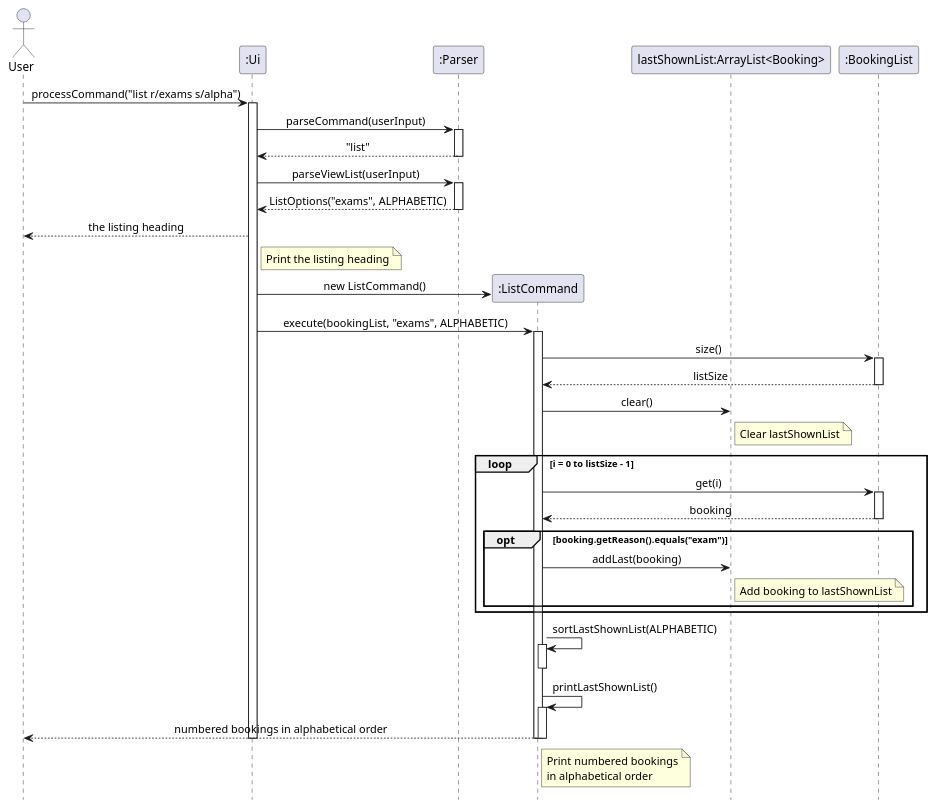
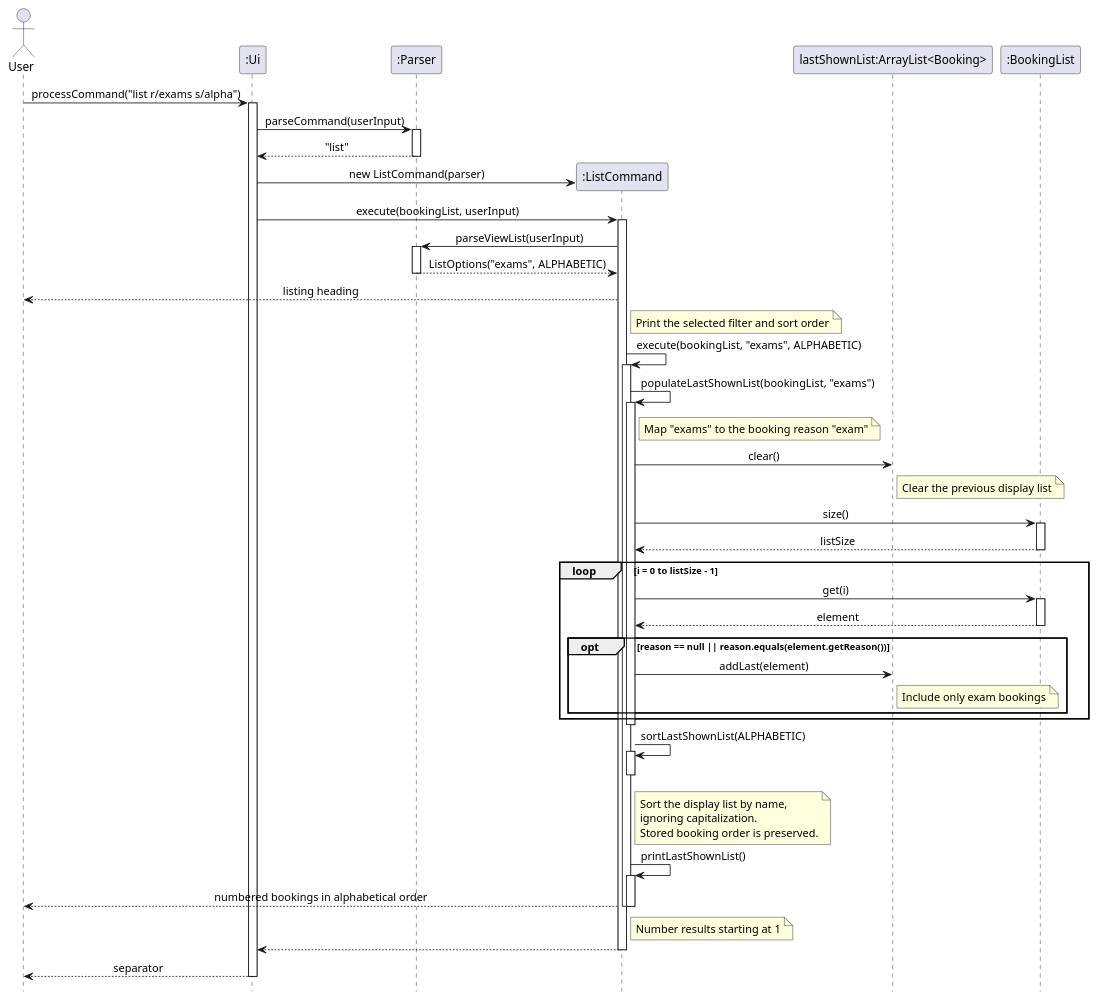
Before and after one commit to AY2627S1-CS2113-W14-2/tp: the diagram in docs/UMLDiagrams/ListCommandSequenceDiagram.puml, drawn with PlantUML. The commit also changed 22 other files, not shown here.

```diff
--- a/docs/UMLDiagrams/ListCommandSequenceDiagram.puml
+++ b/docs/UMLDiagrams/ListCommandSequenceDiagram.puml
@@ -1,71 +1,91 @@
 @startuml
 skinparam sequenceMessageAlign center
 hide footbox
 
 actor User
-
 participant ":Ui" as UI
-
 participant ":Parser" as Parser
 
 User -> UI: processCommand("list r/exams s/alpha")
 activate UI
 
 UI -> Parser: parseCommand(userInput)
 activate Parser
 Parser --> UI: "list"
 deactivate Parser
 
-UI -> Parser: parseViewList(userInput)
-activate Parser
-Parser --> UI: ListOptions("exams", ALPHABETIC)
-deactivate Parser
+create participant ":ListCommand" as List
+UI -> List: new ListCommand(parser)
 
-UI --> User: the listing heading
-note right of UI: Print the listing heading
-
-create participant ":ListCommand" as List
-UI -> List: new ListCommand()
 participant "lastShownList:ArrayList<Booking>" as Shown
 participant ":BookingList" as Bookings
 
-UI -> List: execute(bookingList, "exams", ALPHABETIC)
+UI -> List: execute(bookingList, userInput)
 activate List
+
+List -> Parser: parseViewList(userInput)
+activate Parser
+Parser --> List: ListOptions("exams", ALPHABETIC)
+deactivate Parser
+
+List --> User: listing heading
+note right of List: Print the selected filter and sort order
+
+List -> List: execute(bookingList, "exams", ALPHABETIC)
+activate List
+
+List -> List: populateLastShownList(bookingList, "exams")
+activate List
+
+note right of List : Map "exams" to the booking reason "exam"
+
+List -> Shown: clear()
+note right of Shown: Clear the previous display list
 
 List -> Bookings: size()
 activate Bookings
 Bookings --> List: listSize
 deactivate Bookings
 
-List -> Shown: clear()
-note right of Shown: Clear lastShownList
-
 loop i = 0 to listSize - 1
     List -> Bookings: get(i)
     activate Bookings
-    Bookings --> List: booking
+    Bookings --> List: element
     deactivate Bookings
 
-    opt booking.getReason().equals("exam")
-       List -> Shown: addLast(booking)
-       note right of Shown: Add booking to lastShownList
+    opt reason == null || reason.equals(element.getReason())
+        List -> Shown: addLast(element)
+        note right of Shown: Include only exam bookings
     end
 end
 
+deactivate List
+
 List -> List: sortLastShownList(ALPHABETIC)
 activate List
+
+note right of List
+Sort the display list by name,
+ignoring capitalization.
+Stored booking order is preserved.
+end note
+
 deactivate List
 
 List -> List: printLastShownList()
 activate List
+
 List --> User: numbered bookings in alphabetical order
-note right of List
-Print numbered bookings
-in alphabetical order
-end note
+note right of List: Number results starting at 1
+
 deactivate List
 
 deactivate List
 
+List --> UI
+deactivate List
+
+UI --> User: separator
 deactivate UI
+
 @enduml
```
